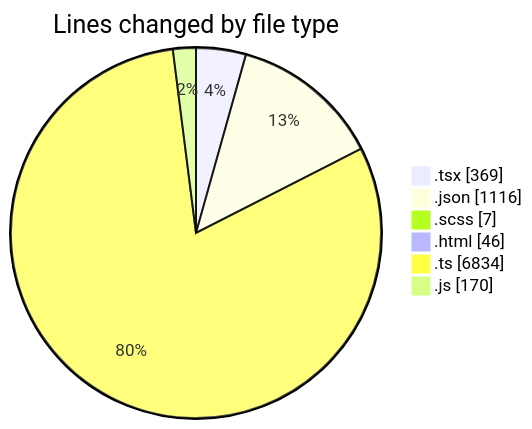
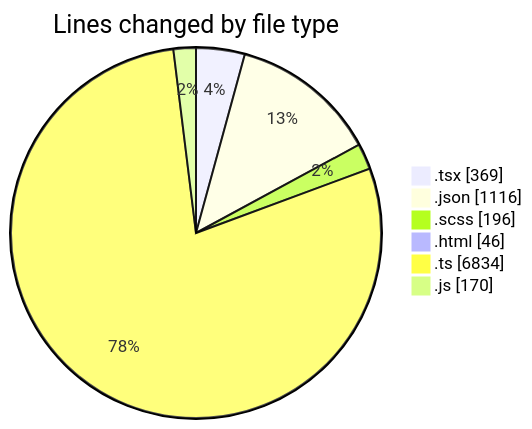
The first of 2 diagrams in 2026-04-14/cda/README.md (momahboobian/code-tracking), drawn with Mermaid before and after one commit. The commit also changed other lines of this file and 1 other file, not shown here.

````diff
--- a/2026-04-14/cda/README.md
+++ b/2026-04-14/cda/README.md
@@ -36,10 +37,10 @@
 ```mermaid
 pie showData
 title Lines changed by file type
 ".tsx" : 369
 ".json" : 1116
-".scss" : 7
+".scss" : 196
 ".html" : 46
 ".ts" : 6834
 ".js" : 170
 ```
````
